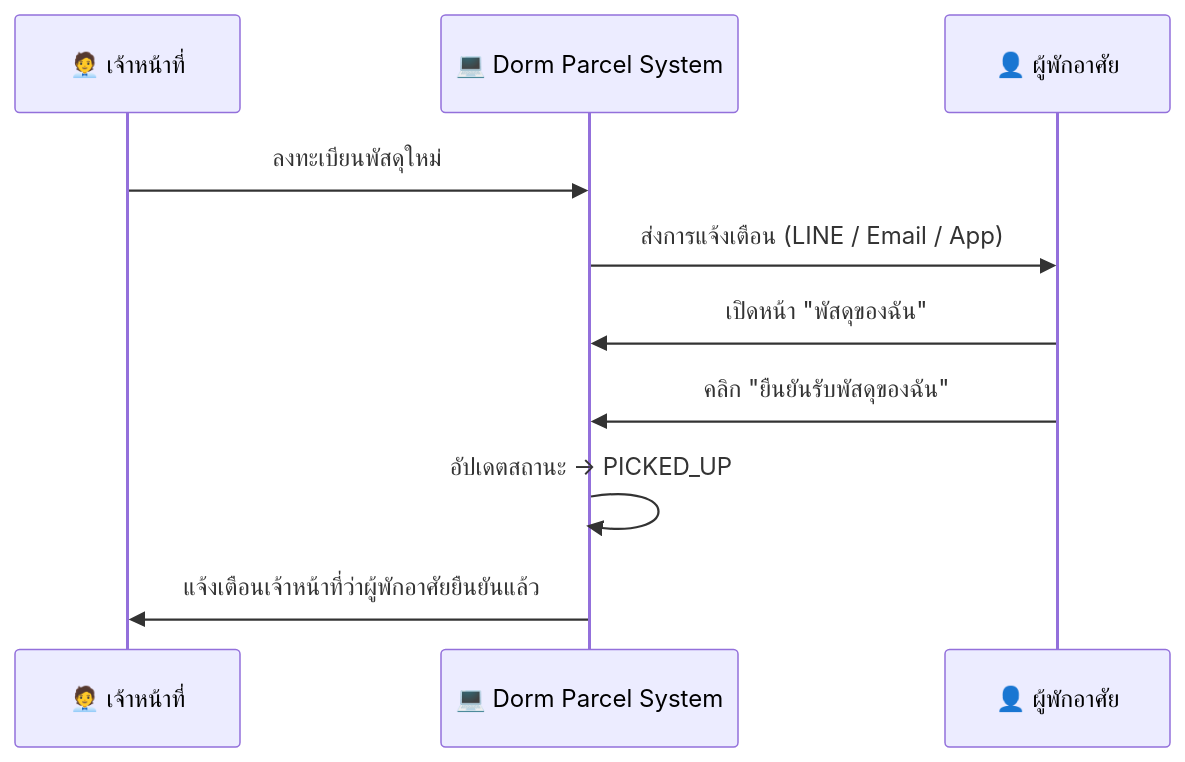
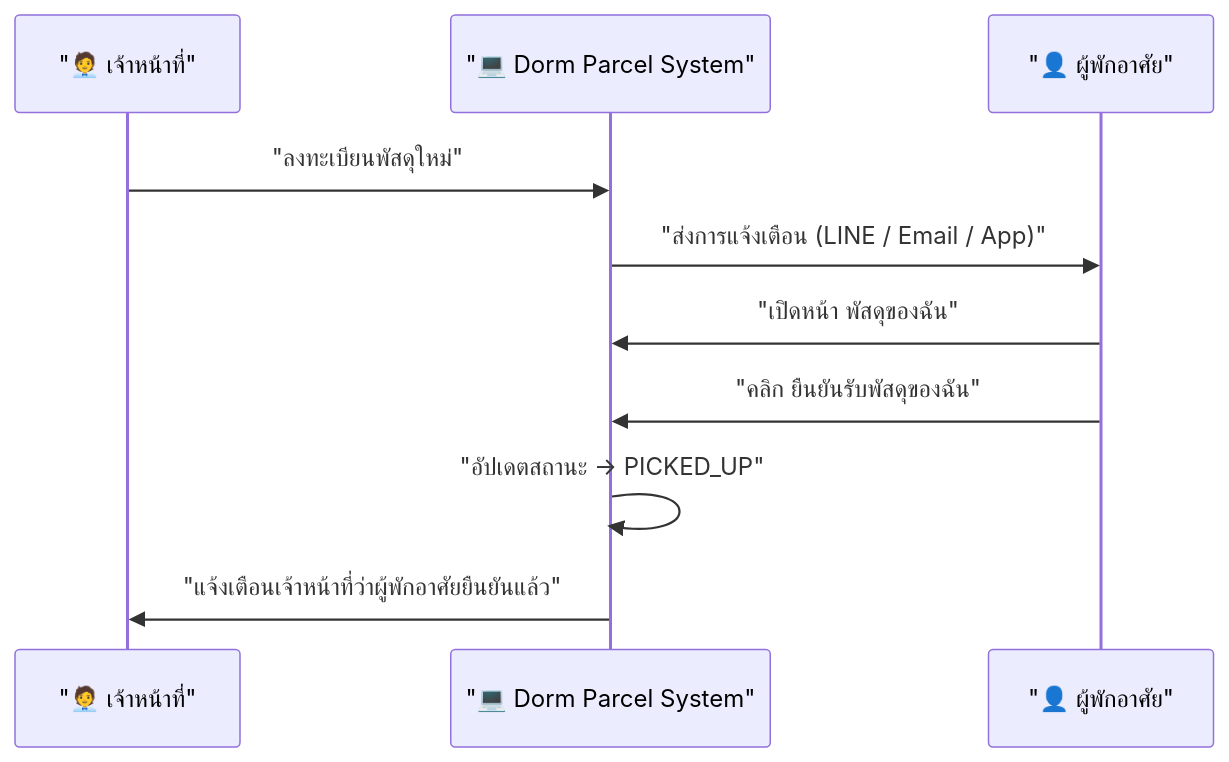
Before and after one commit to PetchAuisui/DormParcel-System: the fifth of 6 diagrams in README.md, drawn with Mermaid. The commit also changed other lines of this file and 2 other files, not shown here.

Commit message:
docs: fix Mermaid diagram syntax by adding quotes for all labels in README

````diff
--- a/README.md
+++ b/README.md
@@ -88,13 +91,14 @@
 ```mermaid
 sequenceDiagram
-    participant Officer as 🧑‍💼 เจ้าหน้าที่
-    participant System as 💻 Dorm Parcel System
-    participant Resident as 👤 ผู้พักอาศัย
+    participant Officer as "🧑‍💼 เจ้าหน้าที่"
+    participant System as "💻 Dorm Parcel System"
+    participant Resident as "👤 ผู้พักอาศัย"
 
-    Officer->>System: ลงทะเบียนพัสดุใหม่
-    System->>Resident: ส่งการแจ้งเตือน (LINE / Email / App)
-    Resident->>System: เปิดหน้า "พัสดุของฉัน"
-    Resident->>System: คลิก "ยืนยันรับพัสดุของฉัน"
-    System->>System: อัปเดตสถานะ → PICKED_UP
-    System->>Officer: แจ้งเตือนเจ้าหน้าที่ว่าผู้พักอาศัยยืนยันแล้ว
+    Officer->>System: "ลงทะเบียนพัสดุใหม่"
+    System->>Resident: "ส่งการแจ้งเตือน (LINE / Email / App)"
+    Resident->>System: "เปิดหน้า พัสดุของฉัน"
+    Resident->>System: "คลิก ยืนยันรับพัสดุของฉัน"
+    System->>System: "อัปเดตสถานะ → PICKED_UP"
+    System->>Officer: "แจ้งเตือนเจ้าหน้าที่ว่าผู้พักอาศัยยืนยันแล้ว"
+
 ```
````
